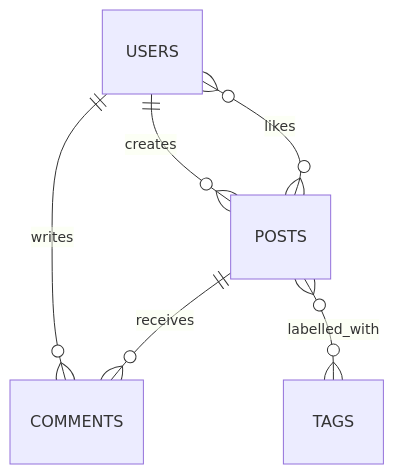
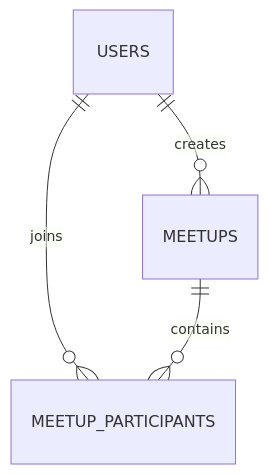
The second of 2 diagrams in posts/a1-dev-blog-02.md (xuan294/Deco2017-BLOG-), drawn with Mermaid before and after one commit. The commit also changed other lines of this file, not shown here.

Commit message:
Update blog post for restaurant meetup prototype

````diff
--- a/posts/a1-dev-blog-02.md
+++ b/posts/a1-dev-blog-02.md
@@ -60,8 +59,6 @@
 ```mermaid
 erDiagram
-    USERS ||--o{ POSTS : creates
-    USERS ||--o{ COMMENTS : writes
-    POSTS ||--o{ COMMENTS : receives
-    POSTS }o--o{ TAGS : labelled_with
-    USERS }o--o{ POSTS : likes
+    USERS ||--o{ MEETUPS : creates
+    USERS ||--o{ MEETUP_PARTICIPANTS : joins
+    MEETUPS ||--o{ MEETUP_PARTICIPANTS : contains
 ```
````
